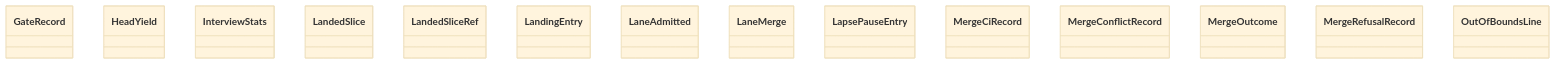
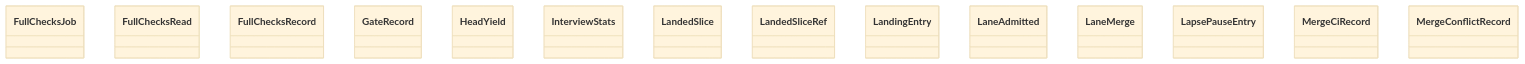
Before and after one commit to GonzaloZevallos/agentic-system: the diagram in docs/architecture/generated/classes-process-domain-state-7.md, drawn with Mermaid (base theme). The commit also changed other lines of this file and 15 other files, not shown here.

````diff
--- a/docs/architecture/generated/classes-process-domain-state-7.md
+++ b/docs/architecture/generated/classes-process-domain-state-7.md
@@ -32,17 +32,17 @@
 ```mermaid
 classDiagram
+    class task__FullChecksJob["FullChecksJob"]
+    class task__FullChecksRead["FullChecksRead"]
+    class task__FullChecksRecord["FullChecksRecord"]
     class task__GateRecord["GateRecord"]
     class task__HeadYield["HeadYield"]
     class task__InterviewStats["InterviewStats"]
     class task__LandedSlice["LandedSlice"]
     class task__LandedSliceRef["LandedSliceRef"]
     class task__LandingEntry["LandingEntry"]
     class task__LaneAdmitted["LaneAdmitted"]
     class task__LaneMerge["LaneMerge"]
     class task__LapsePauseEntry["LapsePauseEntry"]
     class task__MergeCiRecord["MergeCiRecord"]
     class task__MergeConflictRecord["MergeConflictRecord"]
-    class task__MergeOutcome["MergeOutcome"]
-    class task__MergeRefusalRecord["MergeRefusalRecord"]
-    class task__OutOfBoundsLine["OutOfBoundsLine"]
 ```
````
